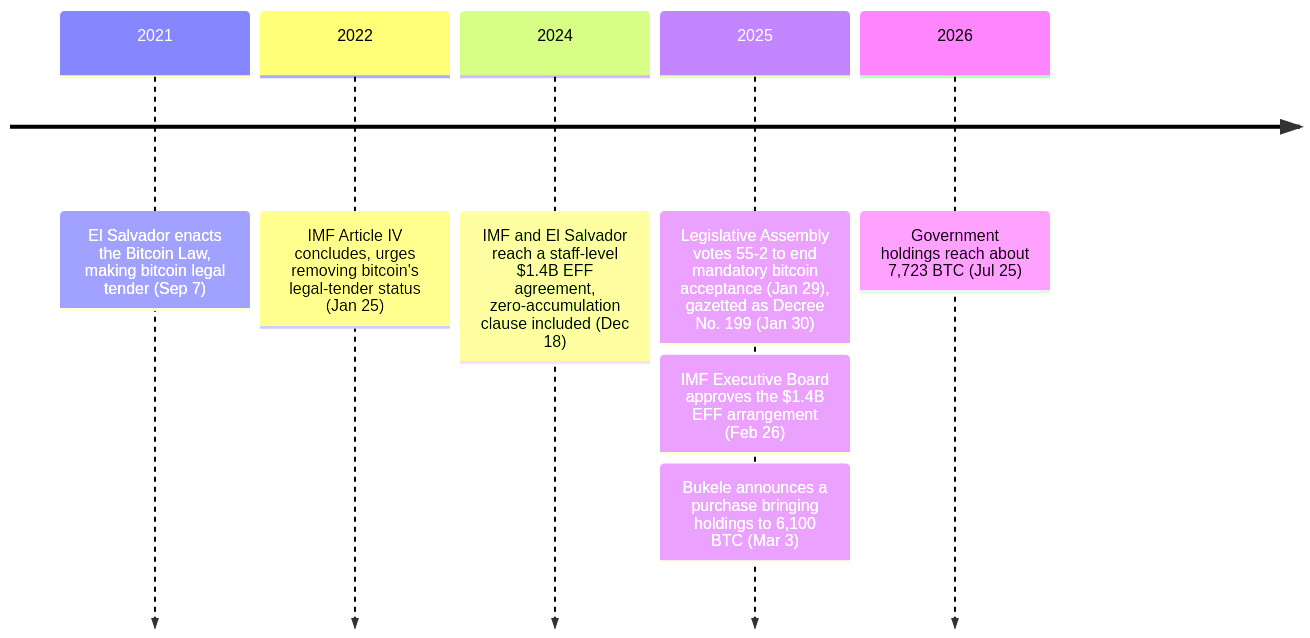
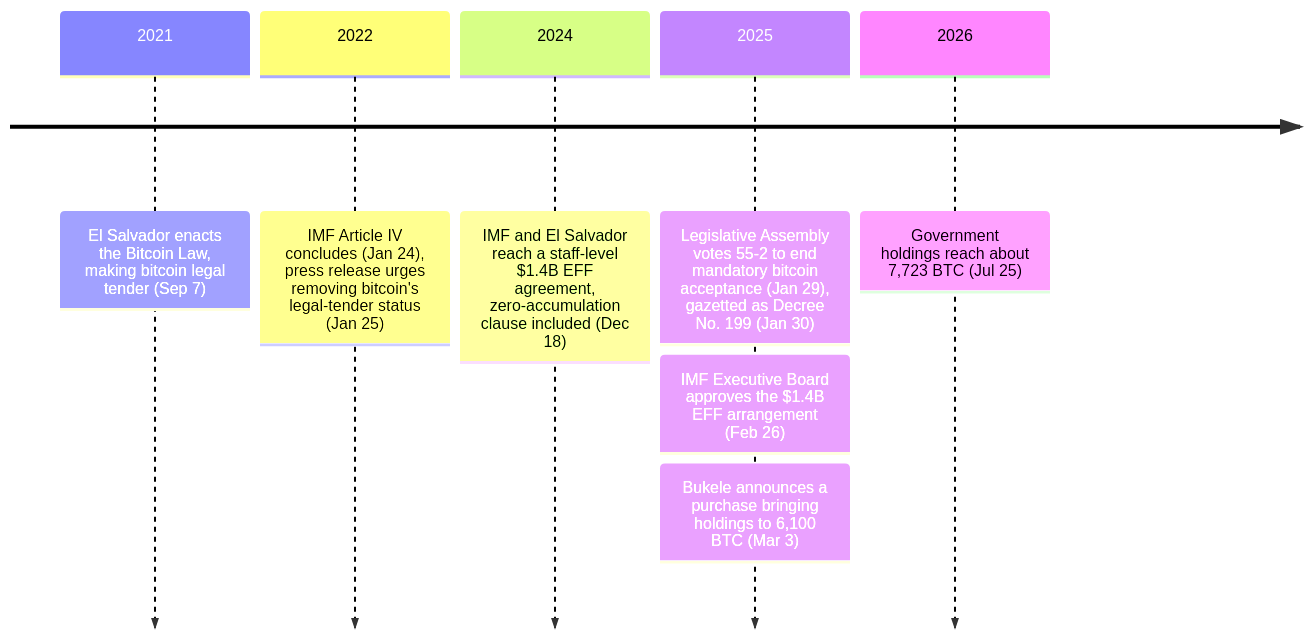
Before and after one commit to cypher256/BitcoinArchive: the diagram in src/data/entries/en/aftermath/2025-01-30-el-salvador-bitcoin-law-reform.md, drawn with Mermaid. The commit also changed 66 other files, not shown here.

````diff
--- a/src/data/entries/en/aftermath/2025-01-30-el-salvador-bitcoin-law-reform.md
+++ b/src/data/entries/en/aftermath/2025-01-30-el-salvador-bitcoin-law-reform.md
@@ -55,11 +55,11 @@
 ```mermaid
 timeline
     2021 : El Salvador enacts the Bitcoin Law, making bitcoin legal tender (Sep 7)
     %% link: /BitcoinArchive/entries/aftermath/2021-09-07-el-salvador-bitcoin-law/
-    2022 : IMF Article IV concludes, urges removing bitcoin's legal-tender status (Jan 25)
+    2022 : IMF Article IV concludes (Jan 24), press release urges removing bitcoin's legal-tender status (Jan 25)
     2024 : IMF and El Salvador reach a staff-level $1.4B EFF agreement, zero-accumulation clause included (Dec 18)
     2025 : Legislative Assembly votes 55-2 to end mandatory bitcoin acceptance (Jan 29), gazetted as Decree No. 199 (Jan 30)
          : IMF Executive Board approves the $1.4B EFF arrangement (Feb 26)
          : Bukele announces a purchase bringing holdings to 6,100 BTC (Mar 3)
     2026 : Government holdings reach about 7,723 BTC (Jul 25)
 ```
````
